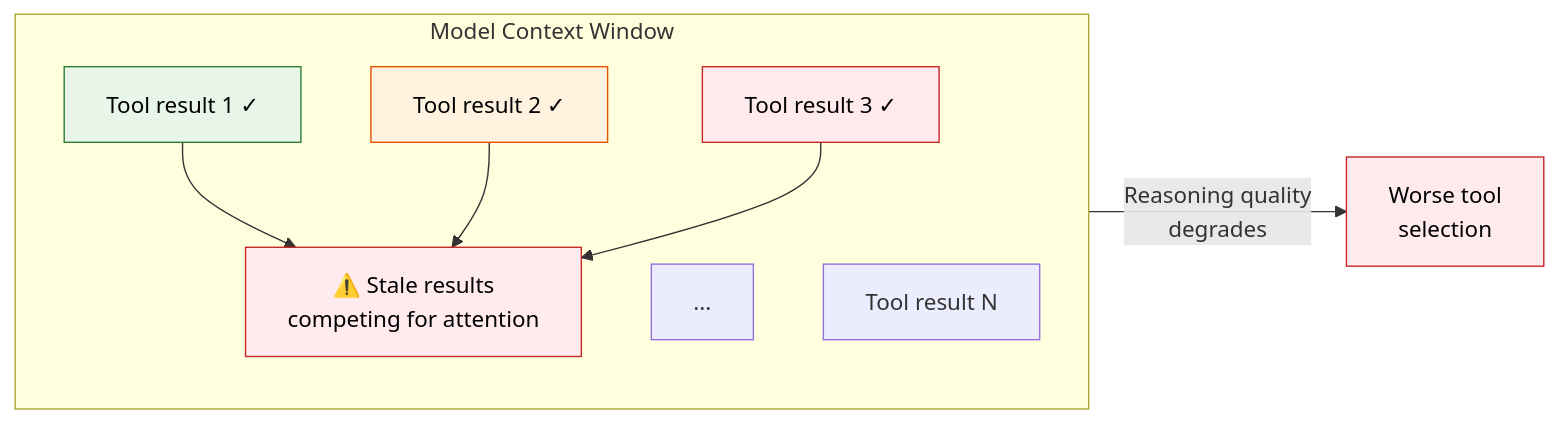
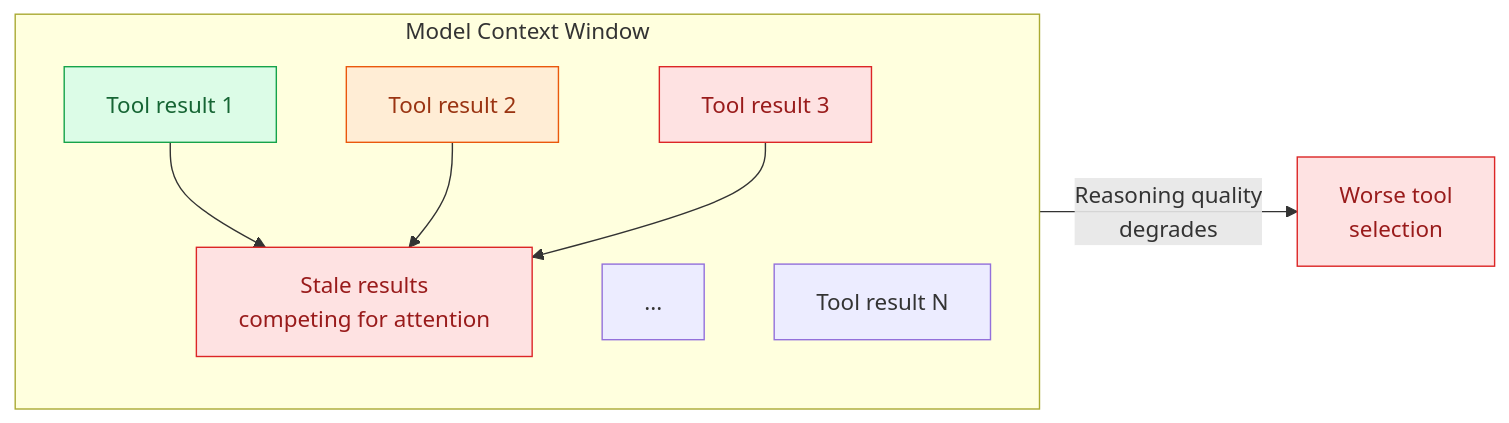
The sixth of 6 diagrams in hugo-site/content/blog/2026/01/3.mcp-deep-dive.md (raj-champion-trader/rajchampaneriya.github.io), drawn with Mermaid before and after one commit. The commit also changed other lines of this file and 5 other files, not shown here.

First line of the commit message:
Enhance Mermaid Diagrams with Semantic Color Classes and Dark Mode Support

````diff
--- a/hugo-site/content/blog/2026/01/3.mcp-deep-dive.md
+++ b/hugo-site/content/blog/2026/01/3.mcp-deep-dive.md
@@ -278,23 +266,21 @@
 ```mermaid
 graph LR
+    classDef secondary fill:#dcfce7,stroke:#16a34a,color:#166534
+    classDef accent fill:#ffedd5,stroke:#ea580c,color:#9a3412
+    classDef danger fill:#fee2e2,stroke:#dc2626,color:#991b1b
+
     subgraph Context["Model Context Window"]
         direction TB
-        C1["Tool result 1 ✓"]
-        C2["Tool result 2 ✓"]
-        C3["Tool result 3 ✓"]
+        C1["Tool result 1"]:::secondary
+        C2["Tool result 2"]:::accent
+        C3["Tool result 3"]:::danger
         C4["..."]
         C5["Tool result N"]
-        Stale["⚠️ Stale results<br/>competing for attention"]
+        Stale["Stale results<br/>competing for attention"]:::danger
     end
 
     C1 --> Stale
     C2 --> Stale
     C3 --> Stale
-    Context -->|"Reasoning quality<br/>degrades"| Decision["Worse tool<br/>selection"]
-
-    style C1 fill:#e8f5e9,stroke:#2e7d32,color:#000
-    style C2 fill:#fff3e0,stroke:#e65100,color:#000
-    style C3 fill:#ffebee,stroke:#c62828,color:#000
-    style Stale fill:#ffebee,stroke:#c62828,color:#000
-    style Decision fill:#ffebee,stroke:#c62828,color:#000
+    Context -->|"Reasoning quality<br/>degrades"| Decision["Worse tool<br/>selection"]:::danger
 ```
````
